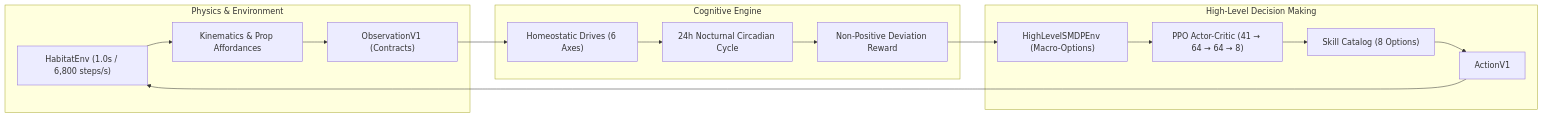
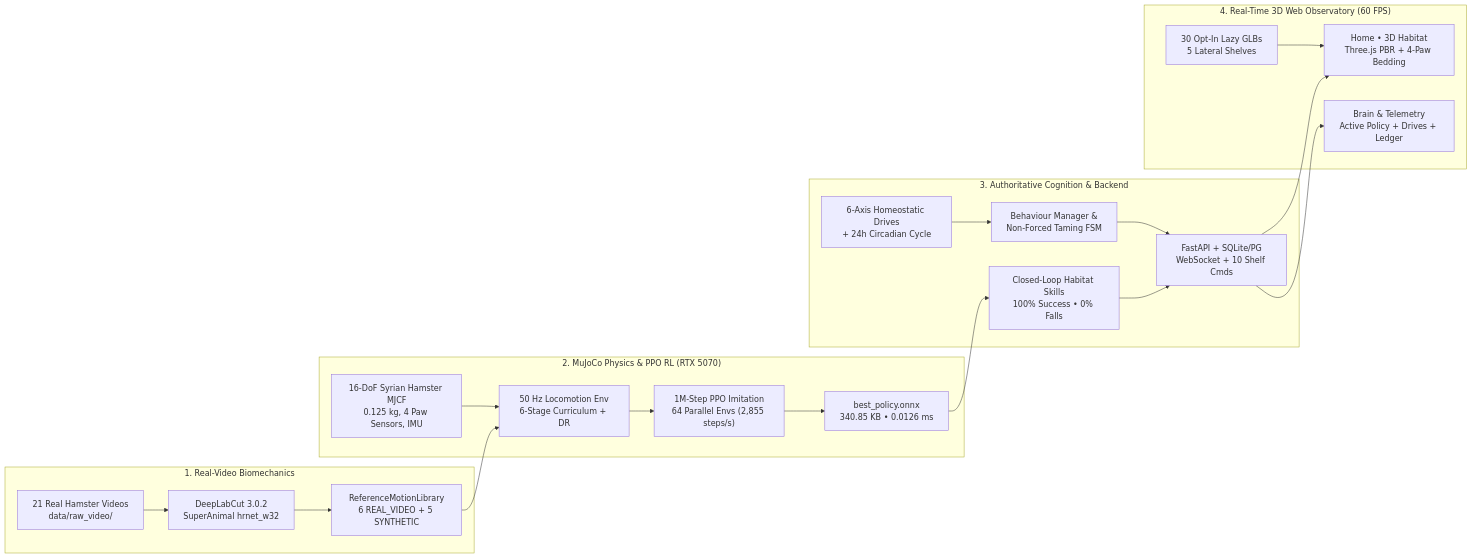
One commit to Vishallakshmikanthan/hammy changed the diagram in README.md. Above: the diagram before and after it, drawn with Mermaid. The commit also changed other lines of this file, not shown here.

````diff
--- a/README.md
+++ b/README.md
@@ -73,22 +49,27 @@
 ```mermaid
-graph LR
-    subgraph Physics ["Physics & Environment"]
-        ENV["HabitatEnv (1.0s / 6,800 steps/s)"] --> KIN["Kinematics & Prop Affordances"]
-        KIN --> OBS["ObservationV1 (Contracts)"]
+flowchart LR
+    subgraph Video ["1. Real-Video Biomechanics"]
+        V1["21 Real Hamster Videos<br/>data/raw_video/"] --> DLC["DeepLabCut 3.0.2<br/>SuperAnimal hrnet_w32"]
+        DLC --> REF["ReferenceMotionLibrary<br/>6 REAL_VIDEO + 5 SYNTHETIC"]
     end
 
-    subgraph Cognition ["Cognitive Engine"]
-        OBS --> DRV["Homeostatic Drives (6 Axes)"]
-        DRV --> CIRC["24h Nocturnal Circadian Cycle"]
-        CIRC --> REW["Non-Positive Deviation Reward"]
+    subgraph PhysicsRL ["2. MuJoCo Physics & PPO RL (RTX 5070)"]
+        MJCF["16-DoF Syrian Hamster MJCF<br/>0.125 kg, 4 Paw Sensors, IMU"] --> ENV["50 Hz Locomotion Env<br/>6-Stage Curriculum + DR"]
+        REF --> ENV
+        ENV --> PPO["1M-Step PPO Imitation<br/>64 Parallel Envs (2,855 steps/s)"]
+        PPO --> ONNX["best_policy.onnx<br/>340.85 KB • 0.0126 ms"]
     end
 
-    subgraph Decision ["High-Level Decision Making"]
-        REW --> SMDP["HighLevelSMDPEnv (Macro-Options)"]
-        SMDP --> PPO["PPO Actor-Critic (41 → 64 → 64 → 8)"]
-        PPO --> SKILL["Skill Catalog (8 Options)"]
-        SKILL --> ACT["ActionV1"]
+    subgraph Brain ["3. Authoritative Cognition & Backend"]
+        ONNX --> SKILL["Closed-Loop Habitat Skills<br/>100% Success • 0% Falls"]
+        DRV["6-Axis Homeostatic Drives<br/>+ 24h Circadian Cycle"] --> BM["Behaviour Manager &<br/>Non-Forced Taming FSM"]
+        BM --> API["FastAPI + SQLite/PG<br/>WebSocket + 10 Shelf Cmds"]
+        SKILL --> API
     end
 
-    ACT --> ENV
+    subgraph Web ["4. Real-Time 3D Web Observatory (60 FPS)"]
+        API --> HAB["Home • 3D Habitat<br/>Three.js PBR + 4-Paw Bedding"]
+        API --> TEL["Brain & Telemetry<br/>Active Policy + Drives + Ledger"]
+        SHELF["30 Opt-In Lazy GLBs<br/>5 Lateral Shelves"] --> HAB
+    end
 ```
````
